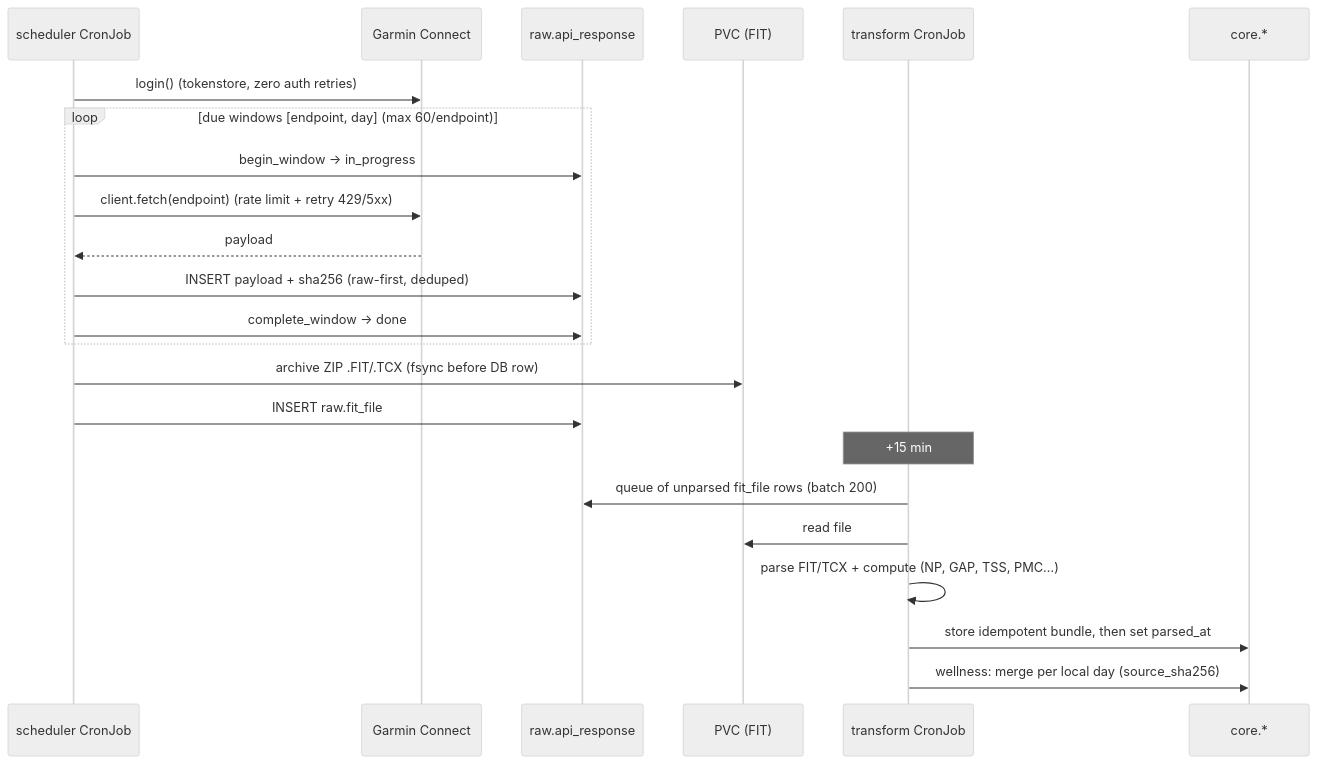
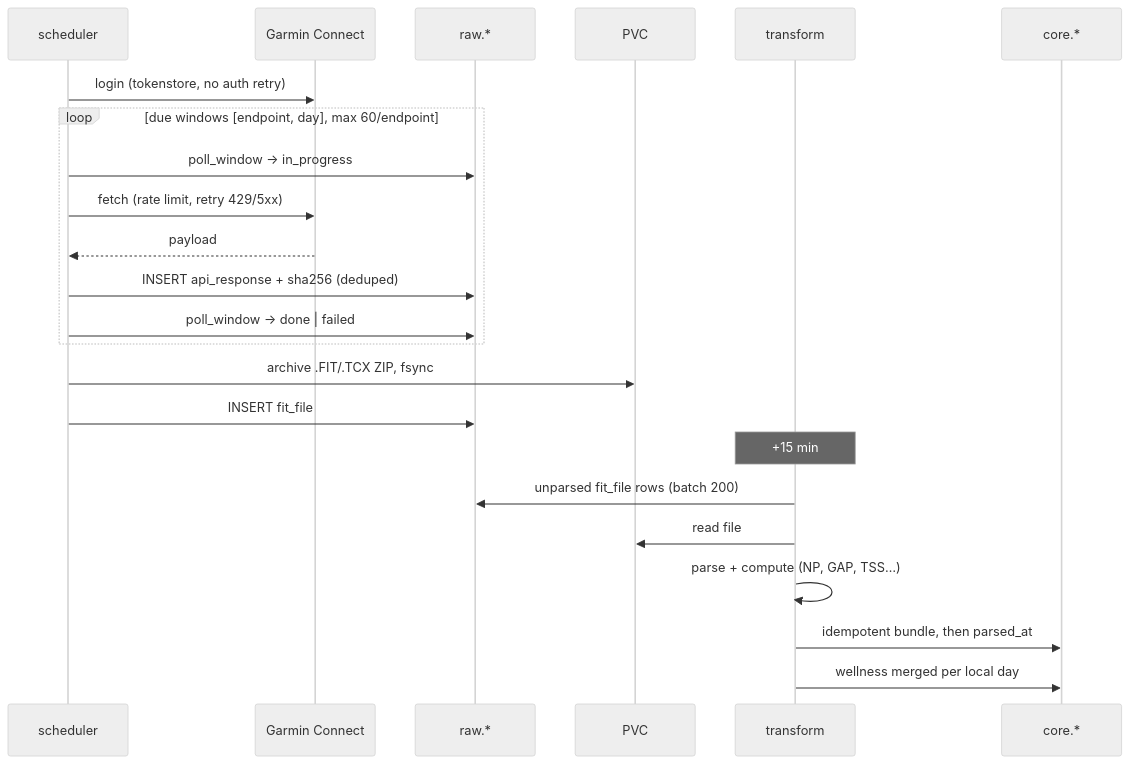
The second of 4 diagrams in docs/ARCHITECTURE.md (TheElysium/t0), drawn with Mermaid (neutral theme) before and after one commit. The commit also changed other lines of this file, not shown here.

First line of the commit message:
docs: trim ARCHITECTURE, fix data model diagram

````diff
--- a/docs/ARCHITECTURE.md
+++ b/docs/ARCHITECTURE.md
@@ -68,26 +59,26 @@
 ```mermaid
 sequenceDiagram
-    participant SCH as scheduler CronJob
+    participant SCH as scheduler
     participant GC as Garmin Connect
-    participant RAW as raw.api_response
-    participant PVC as PVC (FIT)
-    participant TRF as transform CronJob
+    participant RAW as raw.*
+    participant PVC as PVC
+    participant TRF as transform
     participant CORE as core.*
 
-    SCH->>GC: login() (tokenstore, zero auth retries)
-    loop due windows [endpoint, day] (max 60/endpoint)
-        SCH->>RAW: begin_window → in_progress
-        SCH->>GC: client.fetch(endpoint) (rate limit + retry 429/5xx)
+    SCH->>GC: login (tokenstore, no auth retry)
+    loop due windows [endpoint, day], max 60/endpoint
+        SCH->>RAW: poll_window → in_progress
+        SCH->>GC: fetch (rate limit, retry 429/5xx)
         GC-->>SCH: payload
-        SCH->>RAW: INSERT payload + sha256 (raw-first, deduped)
-        SCH->>RAW: complete_window → done
+        SCH->>RAW: INSERT api_response + sha256 (deduped)
+        SCH->>RAW: poll_window → done | failed
     end
-    SCH->>PVC: archive ZIP .FIT/.TCX (fsync before DB row)
-    SCH->>RAW: INSERT raw.fit_file
+    SCH->>PVC: archive .FIT/.TCX ZIP, fsync
+    SCH->>RAW: INSERT fit_file
     Note over TRF: +15 min
-    TRF->>RAW: queue of unparsed fit_file rows (batch 200)
+    TRF->>RAW: unparsed fit_file rows (batch 200)
     TRF->>PVC: read file
-    TRF->>TRF: parse FIT/TCX + compute (NP, GAP, TSS, PMC…)
-    TRF->>CORE: store idempotent bundle, then set parsed_at
-    TRF->>CORE: wellness: merge per local day (source_sha256)
+    TRF->>TRF: parse + compute (NP, GAP, TSS…)
+    TRF->>CORE: idempotent bundle, then parsed_at
+    TRF->>CORE: wellness merged per local day
 ```
````
